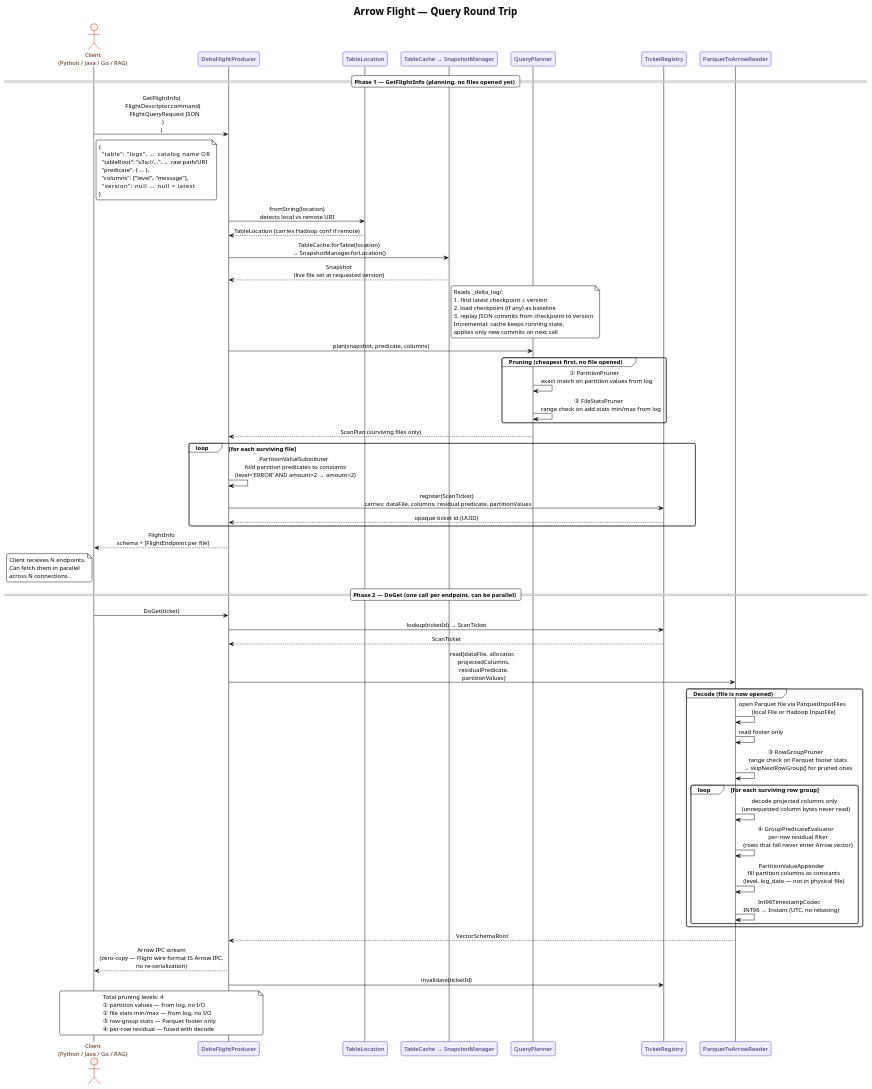
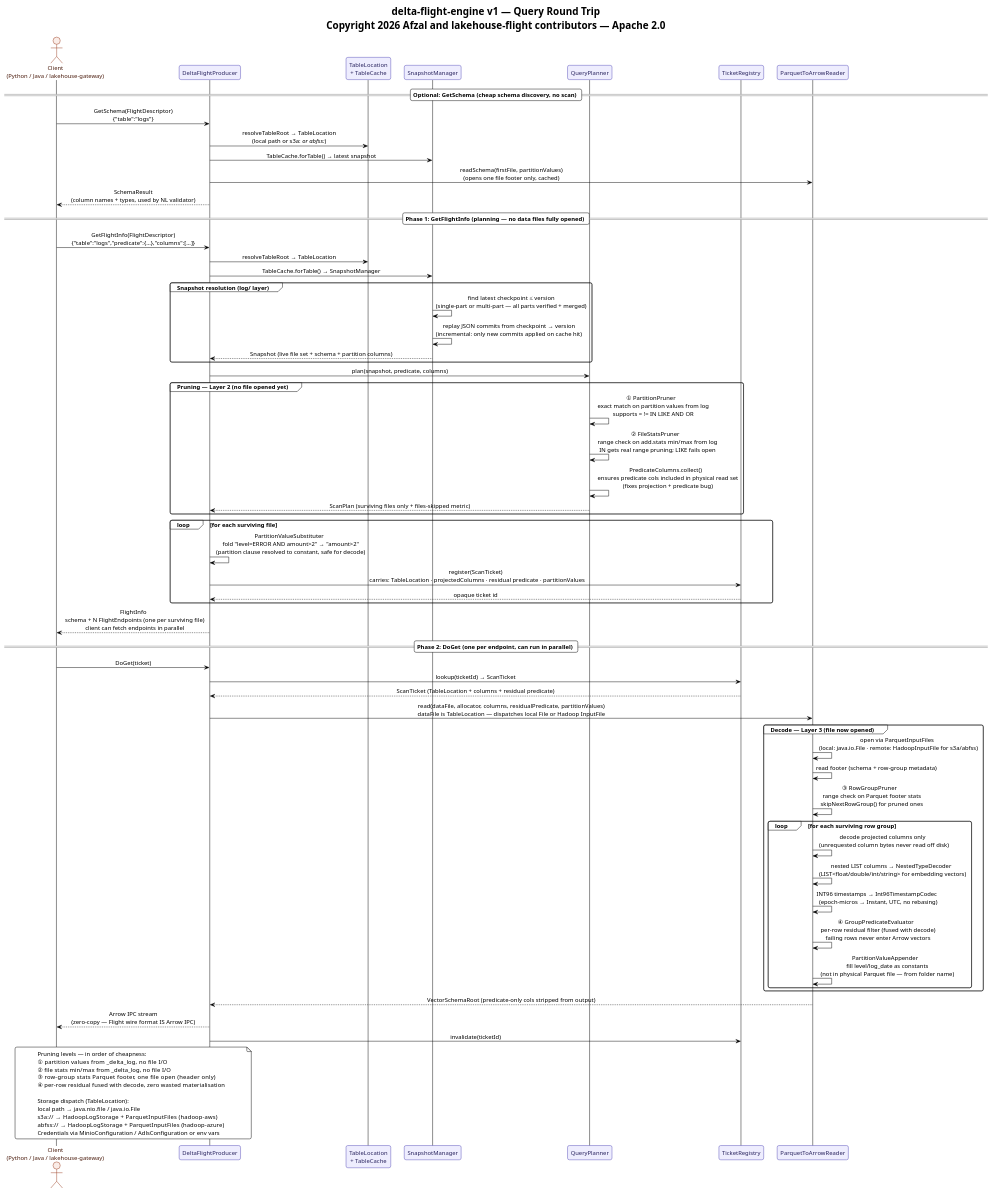
Before and after one commit to codelabuk/labukDB: the diagram in docs/flight-sequence.puml, drawn with PlantUML. The commit also changed 56 other files, not shown here.

Commit message:
Nested type support with corrected flow diagram

```diff
--- a/docs/flight-sequence.puml
+++ b/docs/flight-sequence.puml
@@ -1,115 +1,107 @@
 @startuml lakehouse-flight-v1-sequence
 !theme plain
 skinparam backgroundColor #FFFFFF
 skinparam defaultFontName Arial
 skinparam defaultFontSize 13
 skinparam sequenceMessageAlign center
 skinparam roundCorner 8
 skinparam shadowing false
 
 skinparam participant {
   BorderColor #534AB7
   BackgroundColor #EEEDFE
   FontColor #26215C
 }
 skinparam actor {
   BorderColor #993C1D
   BackgroundColor #FAECE7
   FontColor #4A1B0C
 }
 
-title Arrow Flight — Query Round Trip
+title delta-flight-engine v1 — Query Round Trip\nCopyright 2026 Afzal and lakehouse-flight contributors — Apache 2.0
 
-actor       "Client\n(Python / Java / Go / RAG)" as C
-participant "DeltaFlightProducer"                 as DFP
-participant "TableLocation"                        as TL
-participant "TableCache → SnapshotManager"         as SM
-participant "QueryPlanner"                         as QP
-participant "TicketRegistry"                       as TR
-participant "ParquetToArrowReader"                 as PTAR
+actor       "Client\n(Python / Java / lakehouse-gateway)" as C
+participant "DeltaFlightProducer"                          as DFP
+participant "TableLocation\n+ TableCache"                   as TL
+participant "SnapshotManager"                               as SM
+participant "QueryPlanner"                                  as QP
+participant "TicketRegistry"                                as TR
+participant "ParquetToArrowReader"                          as PTAR
 
-== Phase 1 — GetFlightInfo (planning, no files opened yet) ==
+== Optional: GetSchema (cheap schema discovery, no scan) ==
 
-C   -> DFP  : GetFlightInfo(\n  FlightDescriptor.command(\n    FlightQueryRequest JSON\n  )\n)
-note right of C
-  {
-    "table": "logs",          ← catalog name OR
-    "tableRoot": "s3a://...", ← raw path/URI
-    "predicate": { ... },
-    "columns": ["level", "message"],
-    "version": null           ← null = latest
-  }
-end note
+C   -> DFP  : GetSchema(FlightDescriptor)\n{"table":"logs"}
+DFP -> TL   : resolveTableRoot → TableLocation\n(local path or s3a:// or abfss://)
+DFP -> SM   : TableCache.forTable() → latest snapshot
+DFP -> PTAR : readSchema(firstFile, partitionValues)\n(opens one file footer only, cached)
+DFP --> C   : SchemaResult\n(column names + types, used by NL validator)
 
-DFP -> TL   : fromString(location)\ndetects local vs remote URI
-TL  --> DFP : TableLocation (carries Hadoop conf if remote)
+== Phase 1: GetFlightInfo (planning — no data files fully opened) ==
 
-DFP -> SM   : TableCache.forTable(location)\n→ SnapshotManager.forLocation()
-SM  --> DFP : Snapshot\n(live file set at requested version)
-note right of SM
-  Reads _delta_log/:
-  1. find latest checkpoint ≤ version
-  2. load checkpoint (if any) as baseline
-  3. replay JSON commits from checkpoint to version
-  Incremental: cache keeps running state,
-  applies only new commits on next call
-end note
+C   -> DFP  : GetFlightInfo(FlightDescriptor)\n{"table":"logs","predicate":{...},"columns":[...]}
+DFP -> TL   : resolveTableRoot → TableLocation
+DFP -> SM   : TableCache.forTable() → SnapshotManager
+
+group Snapshot resolution (log/ layer)
+  SM  -> SM  : find latest checkpoint ≤ version\n(single-part or multi-part — all parts verified + merged)
+  SM  -> SM  : replay JSON commits from checkpoint → version\n(incremental: only new commits applied on cache hit)
+  SM  --> DFP : Snapshot (live file set + schema + partition columns)
+end
 
 DFP -> QP   : plan(snapshot, predicate, columns)
 
-group Pruning (cheapest first, no file opened)
-  QP  -> QP  : ① PartitionPruner\n   exact match on partition values from log
-  QP  -> QP  : ② FileStatsPruner\n   range check on add.stats min/max from log
+group Pruning — Layer 2 (no file opened yet)
+  QP  -> QP  : ① PartitionPruner\n   exact match on partition values from log\n   supports = != IN LIKE AND OR
+  QP  -> QP  : ② FileStatsPruner\n   range check on add.stats min/max from log\n   IN gets real range pruning; LIKE fails open
+  QP  -> QP  : PredicateColumns.collect()\n   ensures predicate cols included in physical read set\n   (fixes projection + predicate bug)
+  QP  --> DFP : ScanPlan (surviving files only + files-skipped metric)
 end
 
-QP  --> DFP : ScanPlan (surviving files only)
-
 loop for each surviving file
-  DFP -> DFP  : PartitionValueSubstituter\n  fold partition predicates to constants\n  (level='ERROR' AND amount>2 → amount>2)
-  DFP -> TR   : register(ScanTicket)\n  carries: dataFile, columns, residual predicate, partitionValues
-  TR  --> DFP : opaque ticket id (UUID)
+  DFP -> DFP  : PartitionValueSubstituter\n  fold "level=ERROR AND amount>2" → "amount>2"\n  (partition clause resolved to constant, safe for decode)
+  DFP -> TR   : register(ScanTicket)\n  carries: TableLocation · projectedColumns · residual predicate · partitionValues
+  TR  --> DFP : opaque ticket id
 end
 
-DFP --> C   : FlightInfo\n  schema + [FlightEndpoint per file]
-note left of C
-  Client receives N endpoints.
-  Can fetch them in parallel
-  across N connections.
-end note
+DFP --> C   : FlightInfo\n  schema + N FlightEndpoints (one per surviving file)\n  client can fetch endpoints in parallel
 
-== Phase 2 — DoGet (one call per endpoint, can be parallel) ==
+== Phase 2: DoGet (one per endpoint, can run in parallel) ==
 
 C   -> DFP  : DoGet(ticket)
+DFP -> TR   : lookup(ticketId) → ScanTicket
+TR  --> DFP : ScanTicket (TableLocation + columns + residual predicate)
 
-DFP -> TR   : lookup(ticketId) → ScanTicket
-TR  --> DFP : ScanTicket
+DFP -> PTAR : read(dataFile, allocator, columns, residualPredicate, partitionValues)\ndataFile is TableLocation — dispatches local File or Hadoop InputFile
 
-DFP -> PTAR : read(dataFile, allocator,\n  projectedColumns,\n  residualPredicate,\n  partitionValues)
-
-group Decode (file is now opened)
-  PTAR -> PTAR : open Parquet file via ParquetInputFiles\n  (local File or Hadoop InputFile)
-  PTAR -> PTAR : read footer only
-  PTAR -> PTAR : ③ RowGroupPruner\n   range check on Parquet footer stats\n   → skipNextRowGroup() for pruned ones
+group Decode — Layer 3 (file now opened)
+  PTAR -> PTAR : open via ParquetInputFiles\n  (local: java.io.File · remote: HadoopInputFile for s3a/abfss)
+  PTAR -> PTAR : read footer (schema + row-group metadata)
+  PTAR -> PTAR : ③ RowGroupPruner\n   range check on Parquet footer stats\n   skipNextRowGroup() for pruned ones
   loop for each surviving row group
-    PTAR -> PTAR : decode projected columns only\n  (unrequested column bytes never read)
-    PTAR -> PTAR : ④ GroupPredicateEvaluator\n   per-row residual filter\n   (rows that fail never enter Arrow vector)
-    PTAR -> PTAR : PartitionValueAppender\n   fill partition columns as constants\n   (level, log_date — not in physical file)
-    PTAR -> PTAR : Int96TimestampCodec\n   INT96 → Instant (UTC, no rebasing)
+    PTAR -> PTAR : decode projected columns only\n  (unrequested column bytes never read off disk)
+    PTAR -> PTAR : nested LIST columns → NestedTypeDecoder\n  (LIST<float/double/int/string> for embedding vectors)
+    PTAR -> PTAR : INT96 timestamps → Int96TimestampCodec\n  (epoch-micros → Instant, UTC, no rebasing)
+    PTAR -> PTAR : ④ GroupPredicateEvaluator\n   per-row residual filter (fused with decode)\n   failing rows never enter Arrow vectors
+    PTAR -> PTAR : PartitionValueAppender\n   fill level/log_date as constants\n   (not in physical Parquet file — from folder name)
   end
 end
 
-PTAR --> DFP : VectorSchemaRoot
-
-DFP --> C   : Arrow IPC stream\n(zero-copy — Flight wire format IS Arrow IPC,\nno re-serialization)
-
+PTAR --> DFP : VectorSchemaRoot (predicate-only cols stripped from output)
+DFP --> C   : Arrow IPC stream\n(zero-copy — Flight wire format IS Arrow IPC)
 DFP -> TR   : invalidate(ticketId)
 
 note over C, DFP
-  Total pruning levels: 4
-  ① partition values — from log, no I/O
-  ② file stats min/max — from log, no I/O
-  ③ row-group stats — Parquet footer only
-  ④ per-row residual — fused with decode
+  Pruning levels — in order of cheapness:
+  ① partition values    from _delta_log,  no file I/O
+  ② file stats min/max  from _delta_log,  no file I/O
+  ③ row-group stats     Parquet footer,   one file open (header only)
+  ④ per-row residual    fused with decode, zero wasted materialisation
+
+  Storage dispatch (TableLocation):
+  local path   → java.nio.file / java.io.File
+  s3a://       → HadoopLogStorage + ParquetInputFiles (hadoop-aws)
+  abfss://     → HadoopLogStorage + ParquetInputFiles (hadoop-azure)
+  Credentials via MinioConfiguration / AdlsConfiguration or env vars
 end note
 
 @enduml
```
